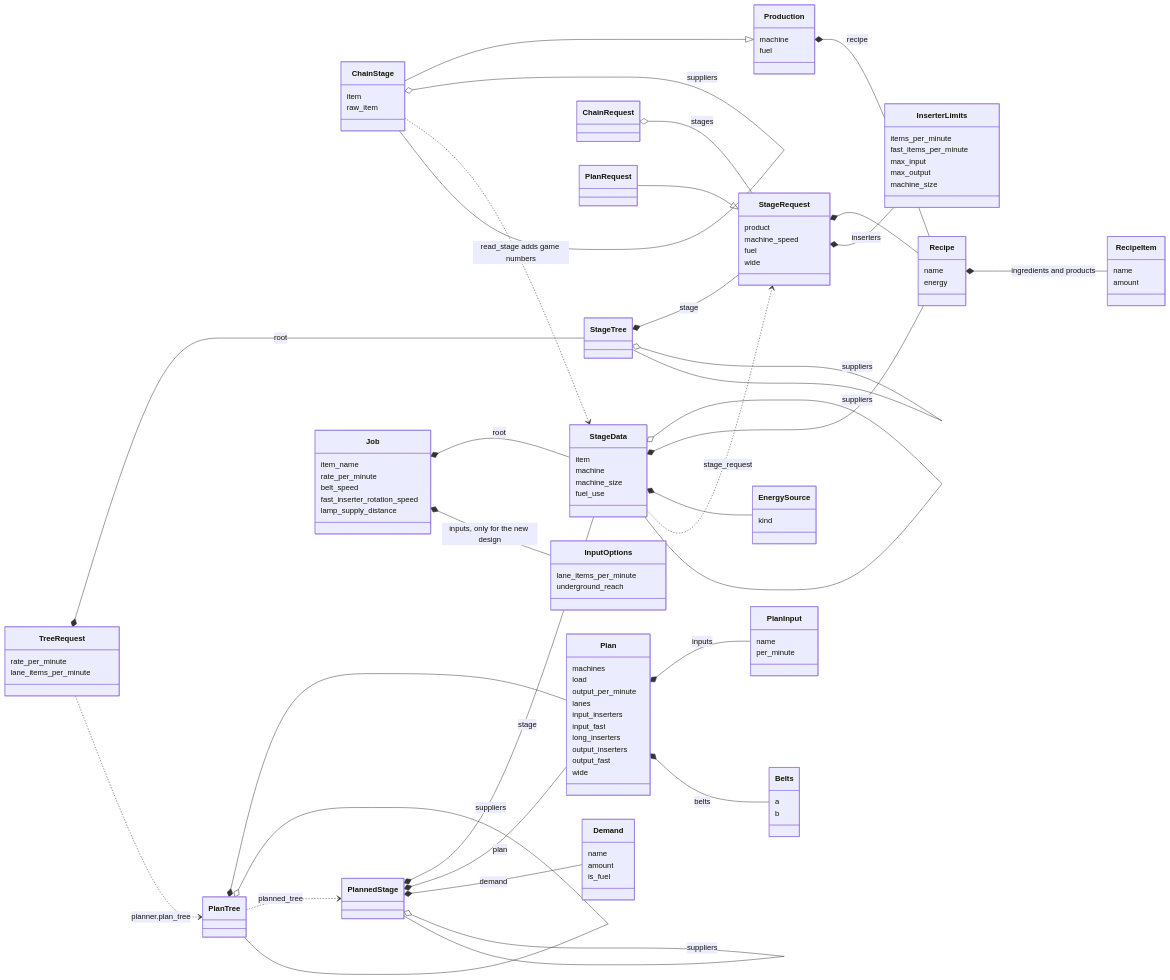
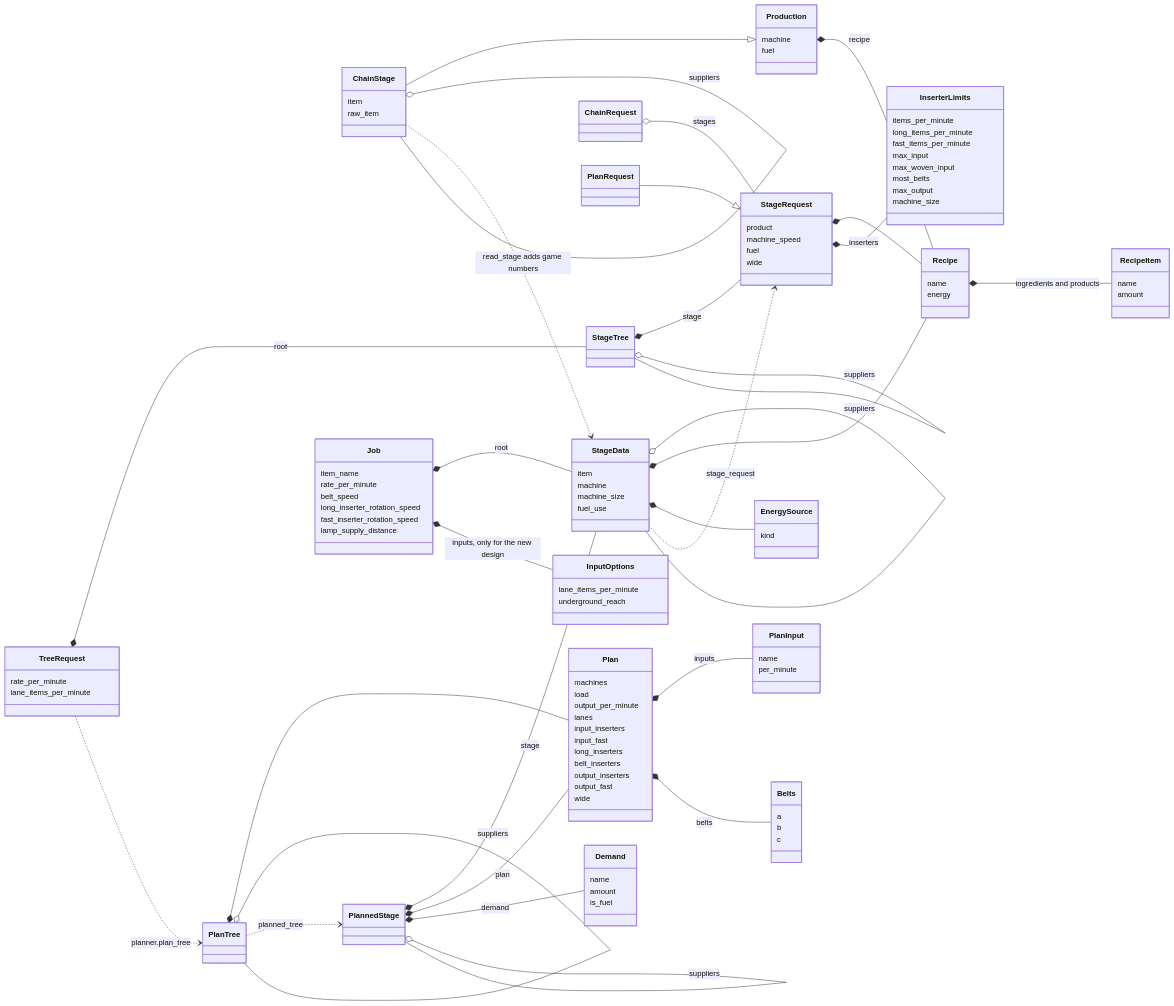
The third of 5 diagrams in TYPES.md (RibbonedAce/factorio-blueprint-generation), drawn with Mermaid before and after one commit. The commit also changed other lines of this file and 25 other files, not shown here.

```diff
--- a/TYPES.md
+++ b/TYPES.md
@@ -128,8 +129,11 @@
   }
   class InserterLimits {
     items_per_minute
+    long_items_per_minute
     fast_items_per_minute
     max_input
+    max_woven_input
+    most_belts
     max_output
     machine_size
   }
@@ -158,6 +162,7 @@
     input_inserters
     input_fast
     long_inserters
+    belt_inserters
     output_inserters
     output_fast
     wide
@@ -169,6 +174,7 @@
   class Belts {
     a
     b
+    c
   }
   class PlanTree
   class PlannedStage
@@ -181,6 +187,7 @@
     item_name
     rate_per_minute
     belt_speed
+    long_inserter_rotation_speed
     fast_inserter_rotation_speed
     lamp_supply_distance
   }
```
